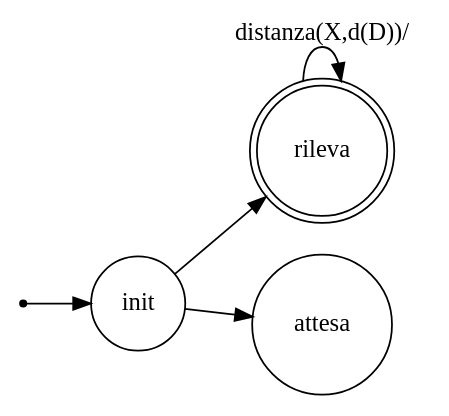
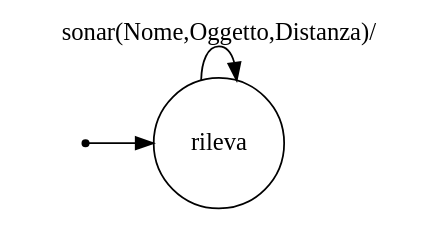
Before and after one commit to sabbio93/QRobotEvitaMuri: the diagram in Model0/srcMore/it/unibo/sonarb/dotFsm.gv, drawn with Graphviz. The commit also changed 18 other files, not shown here.

```diff
--- a/Model0/srcMore/it/unibo/sonarb/dotFsm.gv
+++ b/Model0/srcMore/it/unibo/sonarb/dotFsm.gv
@@ -1,23 +1,20 @@
 /*
 *
 * A GraphViz DOT FSM description 
 * Please use a GraphViz visualizer (like http://www.webgraphviz.com)
 * 
 * Generated by AM,NC,RM
 *  
 */
  
 digraph finite_state_machine {
   	rankdir=LR;
   	size="8,5"
   	node [shape = point]; iniziale;
-  	node [shape = doublecircle]; rileva; 
+  	node [shape = doublecircle]; 
   	node [shape = circle];
-  	iniziale -> init [label = ""];
+  	iniziale -> rileva [label = ""];
   	
   	
-  	init -> attesa [ label = ""];
-  	init -> rileva [ label = ""];
-  	
-  	rileva -> rileva [ label = "distanza(X,d(D))/"];
+  	rileva -> rileva [ label = "sonar(Nome,Oggetto,Distanza)/"];
 }
```
